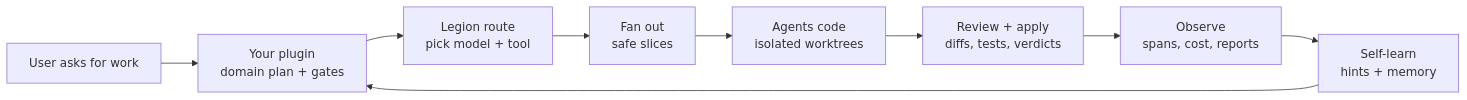
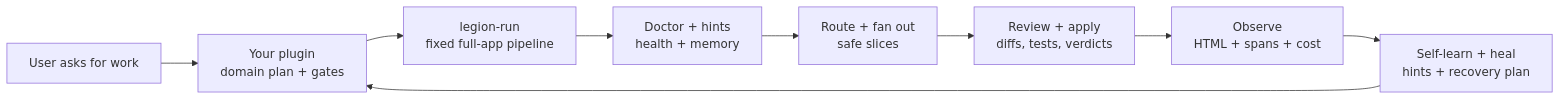
The diagram in README.md (Opus-Aether-AI/legion-core), drawn with Mermaid before and after one commit. The commit also changed other lines of this file and 8 other files, not shown here.

````diff
--- a/README.md
+++ b/README.md
@@ -56,11 +56,11 @@
 ```mermaid
 flowchart LR
   A["User asks for work"] --> B["Your plugin<br/>domain plan + gates"]
-  B --> C["Legion route<br/>pick model + tool"]
-  C --> D["Fan out<br/>safe slices"]
-  D --> E["Agents code<br/>isolated worktrees"]
+  B --> C["legion-run<br/>fixed full-app pipeline"]
+  C --> D["Doctor + hints<br/>health + memory"]
+  D --> E["Route + fan out<br/>safe slices"]
   E --> F["Review + apply<br/>diffs, tests, verdicts"]
-  F --> G["Observe<br/>spans, cost, reports"]
-  G --> H["Self-learn<br/>hints + memory"]
+  F --> G["Observe<br/>HTML + spans + cost"]
+  G --> H["Self-learn + heal<br/>hints + recovery plan"]
   H --> B
 ```
````
